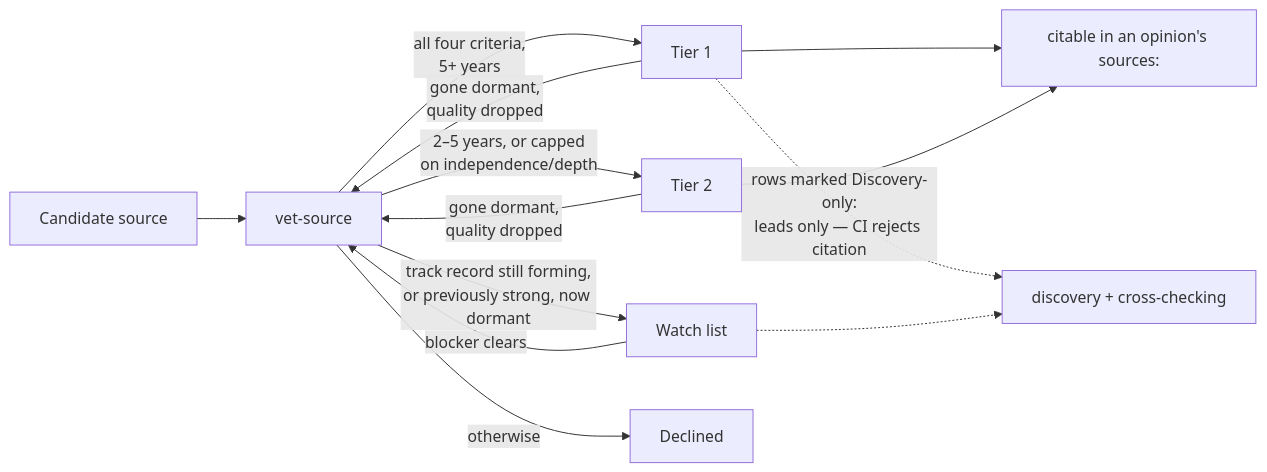
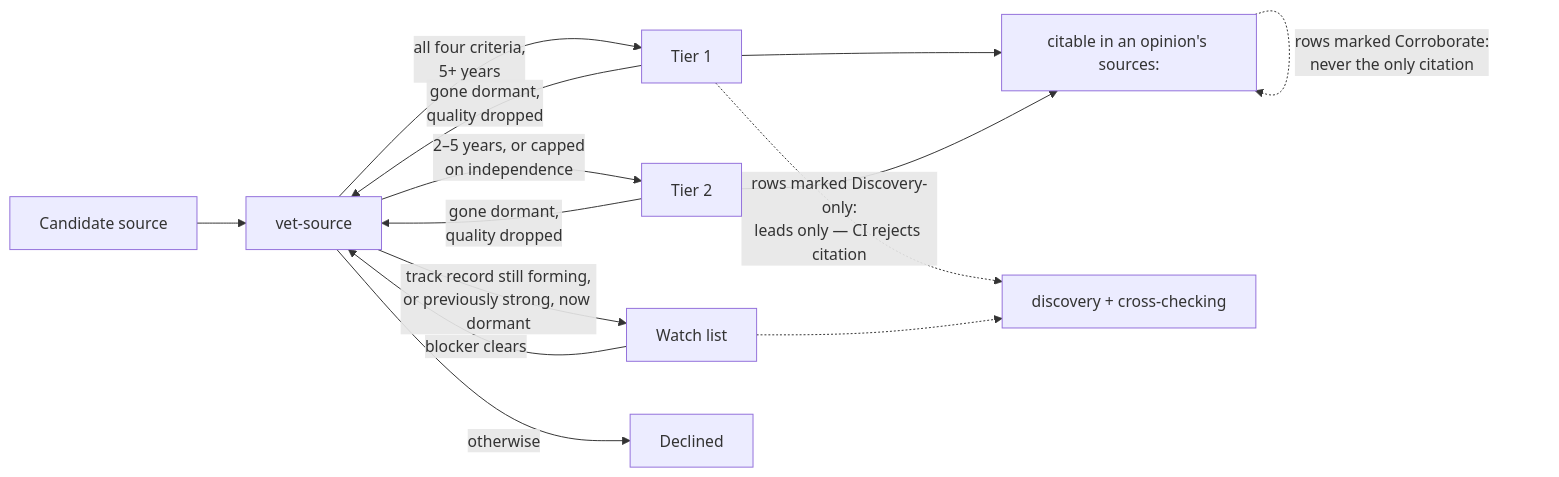
One commit to si618/dotnet-awesome-humans changed the first of 2 diagrams in README.md. Above: the diagram before and after it, drawn with Mermaid. The commit also changed 5 other files, not shown here.

First line of the commit message:
feat: handle thin depth with a `**Corroborate.**` marking, not a tier cap

````diff
--- a/README.md
+++ b/README.md
@@ -61,15 +61,16 @@
 ```mermaid
 flowchart LR
     candidate["Candidate source"] --> vet["vet-source"]
     vet -->|"all four criteria,<br>5+ years"| tier1["Tier 1"]
-    vet -->|"2–5 years, or capped<br>on independence/depth"| tier2["Tier 2"]
+    vet -->|"2–5 years, or capped<br>on independence"| tier2["Tier 2"]
     vet -->|"track record still forming,<br>or previously strong, now dormant"| watch["Watch list"]
     vet -->|"otherwise"| declined["Declined"]
     watch -->|"blocker clears"| vet
     tier1 -->|"gone dormant,<br>quality dropped"| vet
     tier2 -->|"gone dormant,<br>quality dropped"| vet
     tier1 --> cite["citable in an opinion's sources:"]
     tier2 --> cite
     tier1 -.->|"rows marked Discovery-only:<br>leads only — CI rejects citation"| discovery["discovery + cross-checking"]
+    cite -.->|"rows marked Corroborate:<br>never the only citation"| cite
     watch -.-> discovery
 ```
````
